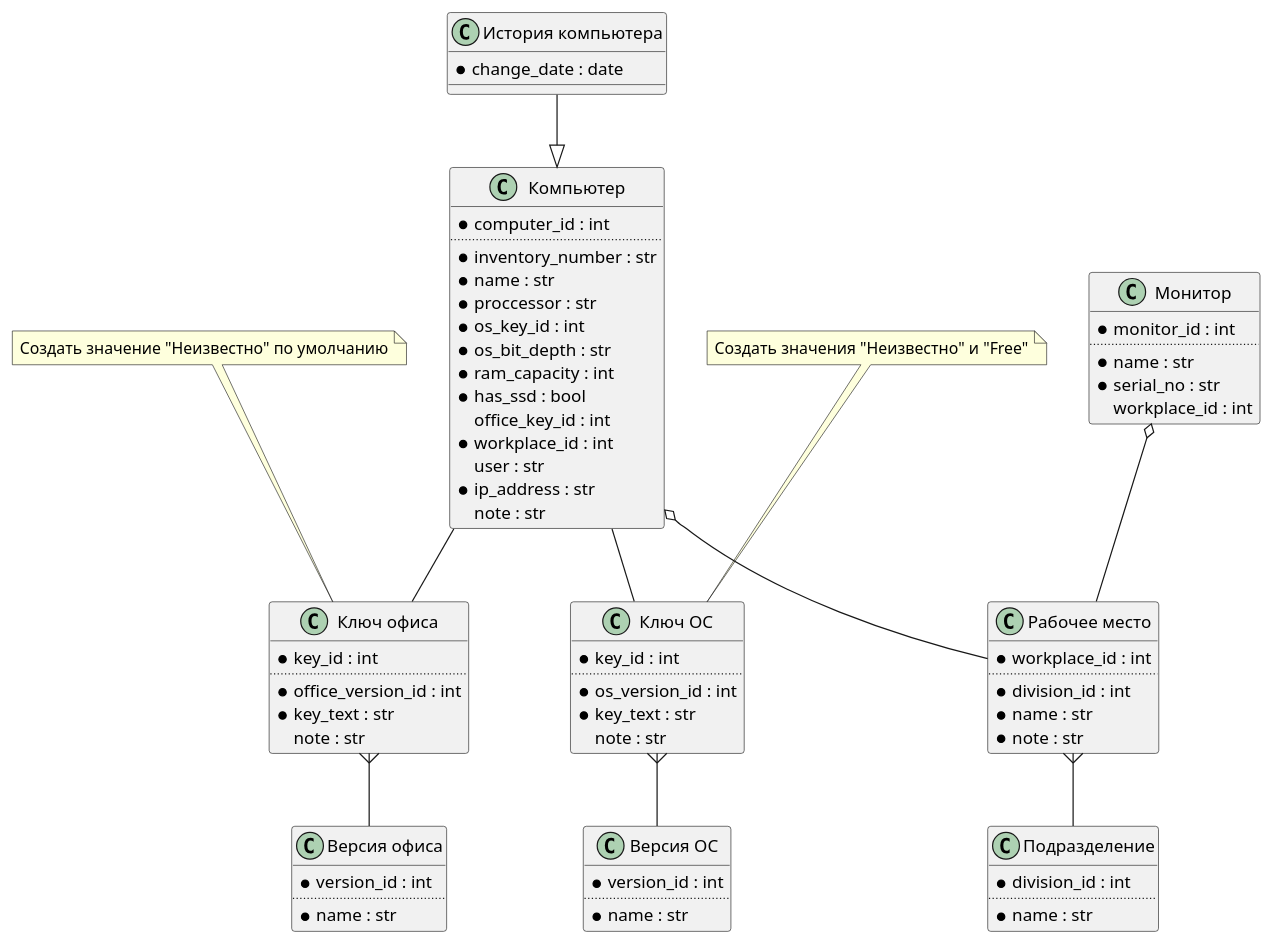
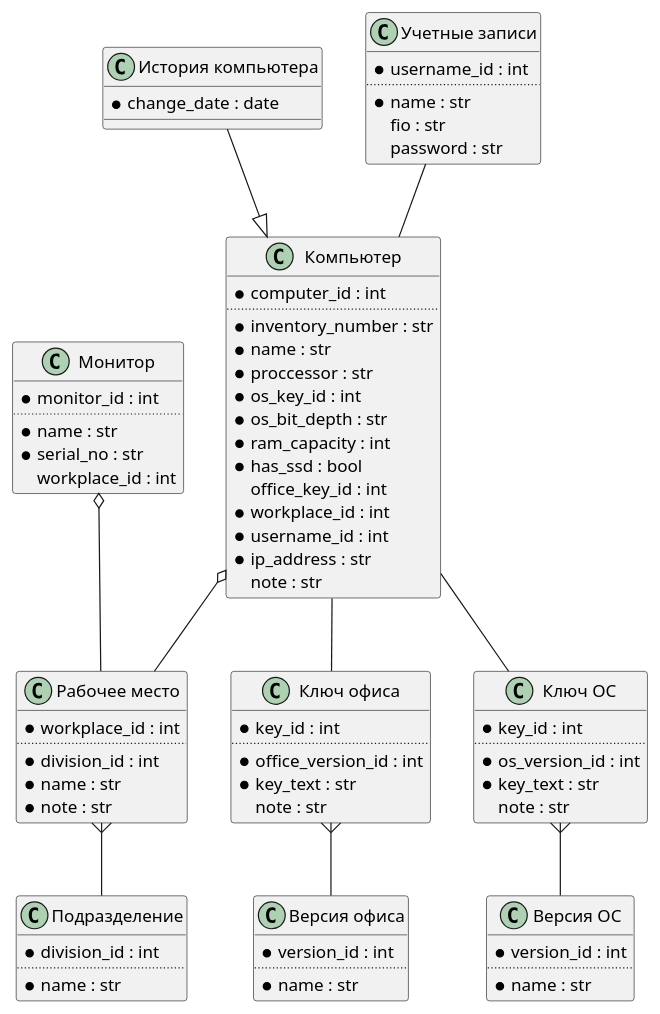
One commit to IamEvrik/ipce changed the diagram in database.plantuml. Above: the diagram before and after it, drawn with PlantUML. The commit also changed 5 other files, not shown here.

```diff
--- a/database.plantuml
+++ b/database.plantuml
@@ -1,85 +1,92 @@
 @startuml
 
 class "Версия офиса" as OfficeVersion {
 	{field} *version_id : int
 	..
 	{field} *name : str
 }
 
 class "Ключ офиса" as OfficeKey {
 	{field} *key_id : int
 	..
 	{field} *office_version_id : int
 	{field} *key_text : str
 	{field} note : str
 }
-note Top of OfficeKey : Создать значение "Неизвестно" по умолчанию
 
 class "Версия ОС" as OSVersion {
 	{field} *version_id : int
 	..
 	{field} *name : str
 }
 
 class "Ключ ОС" as OSKey {
 	{field} *key_id : int
 	..
 	{field} *os_version_id : int
 	{field} *key_text : str
 	{field} note : str
 }
-note Top of OSKey : Создать значения "Неизвестно" и "Free"
 
 class "Подразделение" as Division {
 	{field} *division_id : int
 	..
 	{field} *name : str
 }
 
 class "Рабочее место" as WorkPlace {
 	{field} *workplace_id : int
 	..
 	{field} *division_id : int
 	{field} *name : str
 	{field} *note : str
 } 
 
 class "Компьютер" as Computer {
 	{field} *computer_id : int
 	..
 	{field} *inventory_number : str
 	{field} *name : str
 	{field} *proccessor : str
 	{field} *os_key_id : int
 	{field} *os_bit_depth : str
 	{field} *ram_capacity : int
 	{field} *has_ssd : bool
 	{field} office_key_id : int
 	{field} *workplace_id : int
-	{field} user : str
+	{field} *username_id : int
 	{field} *ip_address : str
 	{field} note : str
 }	
 
 class "История компьютера" as ComputerHistory {
 	{field} *change_date : date
 }
 
 class "Монитор" as Monitor {
 	{field} *monitor_id : int
 	..
 	{field} *name : str
 	{field} *serial_no : str
 	{field} workplace_id : int
 }
+
+class "Учетные записи" as UserName {
+	{field} *username_id : int
+	..
+	{field} *name : str
+	{field} fio : str
+	{field} password : str
+}
 		
 OfficeKey }-- OfficeVersion
 OSKey }-- OSVersion
 WorkPlace }-- Division	
 Computer -- OSKey
 Computer -- OfficeKey
 Computer o-- WorkPlace	
 ComputerHistory --|> Computer
 Monitor o-- WorkPlace
+UserName -- Computer
 
 @enduml
```
